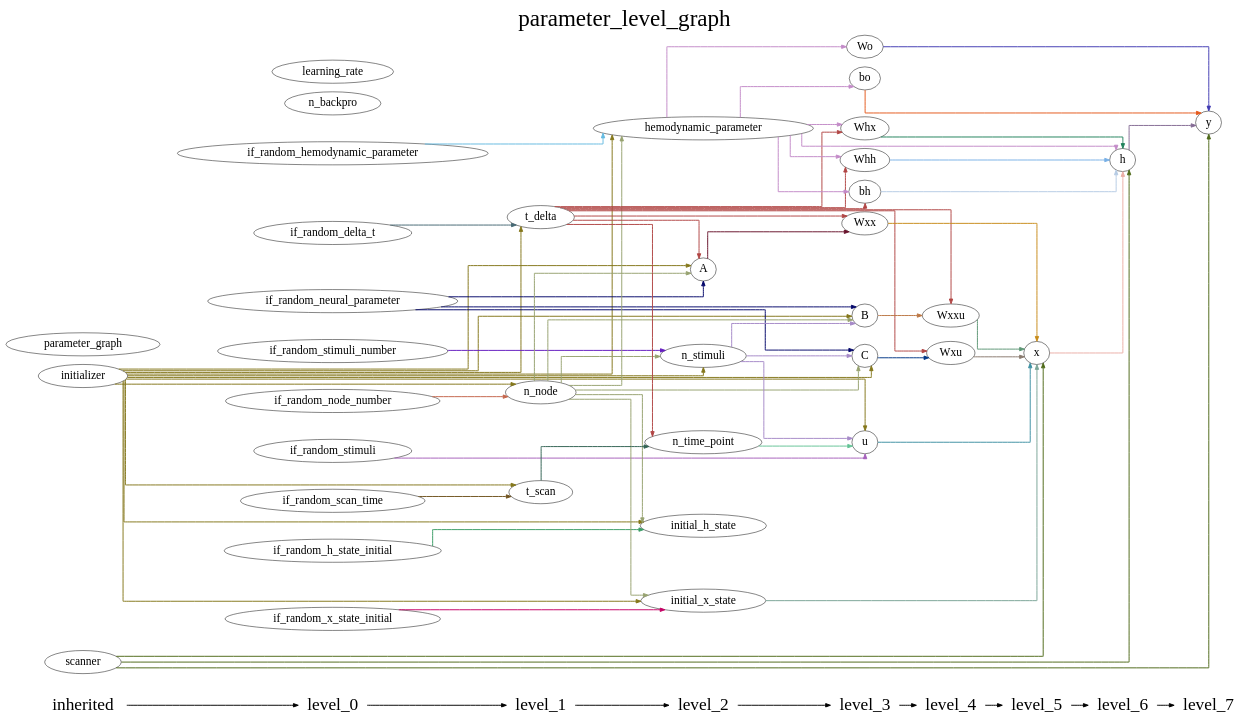
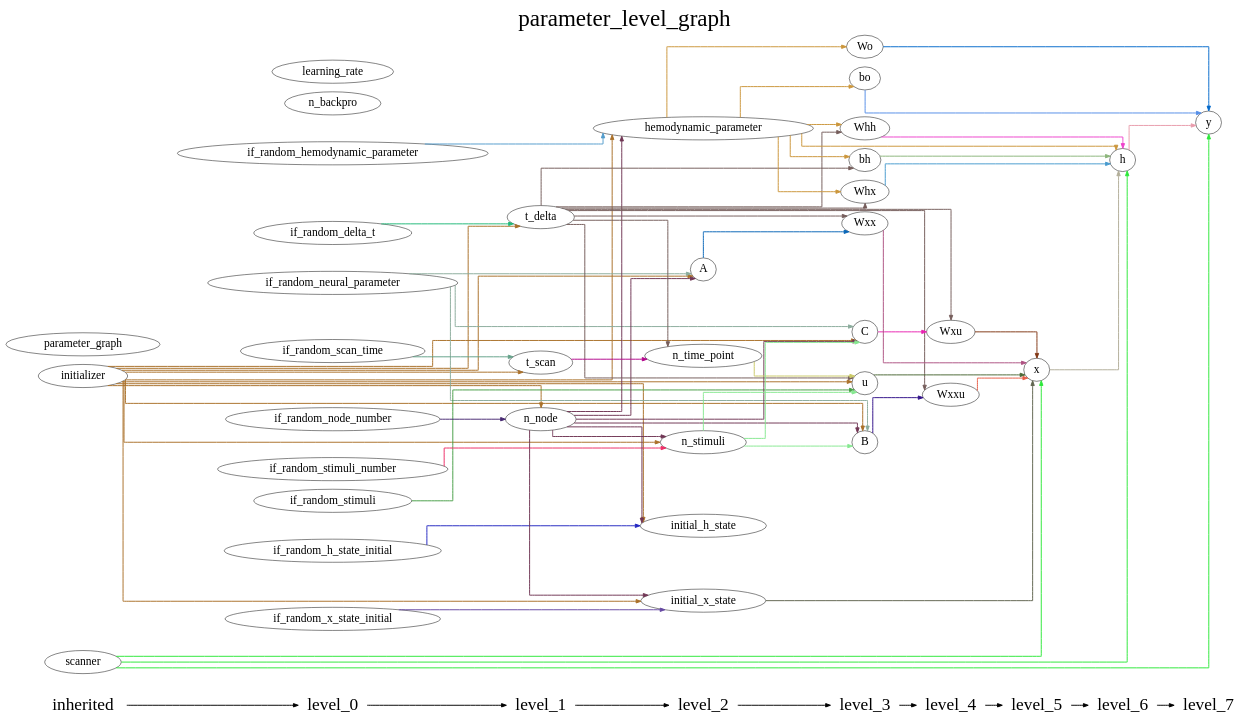
One commit to YuanWangOnward/DCM_RNN changed the diagram in DCM_RNN/documents/parameter_level_graph.gv. Above: the diagram before and after it, drawn with Graphviz. The commit also changed 10 other files, not shown here.

```diff
--- a/DCM_RNN/documents/parameter_level_graph.gv
+++ b/DCM_RNN/documents/parameter_level_graph.gv
@@ -1,156 +1,156 @@
 digraph G {
           splines=ortho;
           fontsize = 48;
           rankdir = "LR";
           node[fontsize=24];
           edge[penwidth=2];
           {
           node [shape=plaintext fontsize=36];
           inherited -> 
           level_0 -> 
           level_1 -> 
           level_2 -> 
           level_3 -> 
           level_4 -> 
           level_5 -> 
           level_6 -> 
           level_7
           }
           {rank = same;
           inherited;
           initializer;
           parameter_graph;
           scanner;
           }
           {rank = same;
           level_0;
           if_random_neural_parameter;
           if_random_hemodynamic_parameter;
           if_random_x_state_initial;
           if_random_h_state_initial;
           if_random_stimuli;
           if_random_node_number;
           if_random_stimuli_number;
           if_random_delta_t;
           if_random_scan_time;
           n_backpro;
           learning_rate;
           }
           {rank = same;
           level_1;
           n_node;
           t_delta;
           t_scan;
           }
           {rank = same;
           level_2;
           n_time_point;
           n_stimuli;
           A;
           hemodynamic_parameter;
           initial_x_state;
           initial_h_state;
           }
           {rank = same;
           level_3;
           u;
           B;
           C;
           Wxx;
           Whx;
           Whh;
           bh;
           Wo;
           bo;
           }
           {rank = same;
           level_4;
           Wxxu;
           Wxu;
           }
           {rank = same;
           level_5;
           x;
           }
           {rank = same;
           level_6;
           h;
           }
           {rank = same;
           level_7;
           y;
           }
-          bh -> h [color="#B5CBE4"];
-          if_random_h_state_initial -> initial_h_state [color="#3B9C66"];
+          Whx -> h [color="#489BCE"];
+          Wxu -> x [color="#813714"];
+          t_scan -> n_time_point [color="#B2068B"];
+          n_stimuli -> C [color="#86E891"];
+          n_stimuli -> u [color="#86E891"];
+          n_stimuli -> B [color="#86E891"];
+          if_random_neural_parameter -> A [color="#8BAC9C"];
+          if_random_neural_parameter -> C [color="#8BAC9C"];
+          if_random_neural_parameter -> B [color="#8BAC9C"];
+          h -> y [color="#E99CAC"];
+          if_random_hemodynamic_parameter -> hemodynamic_parameter [color="#539CCC"];
+          learning_rate ;
+          y ;
+          x -> h [color="#B2AE99"];
+          n_node -> A [color="#703654"];
+          n_node -> n_stimuli [color="#703654"];
+          n_node -> hemodynamic_parameter [color="#703654"];
+          n_node -> C [color="#703654"];
+          n_node -> initial_x_state [color="#703654"];
+          n_node -> B [color="#703654"];
+          n_node -> initial_h_state [color="#703654"];
+          hemodynamic_parameter -> Whx [color="#CB963B"];
+          hemodynamic_parameter -> h [color="#CB963B"];
+          hemodynamic_parameter -> Wo [color="#CB963B"];
+          hemodynamic_parameter -> bh [color="#CB963B"];
+          hemodynamic_parameter -> bo [color="#CB963B"];
+          hemodynamic_parameter -> Whh [color="#CB963B"];
+          C -> Wxu [color="#E923B1"];
+          initializer -> A [color="#AA7029"];
+          initializer -> n_stimuli [color="#AA7029"];
+          initializer -> n_node [color="#AA7029"];
+          initializer -> hemodynamic_parameter [color="#AA7029"];
+          initializer -> C [color="#AA7029"];
+          initializer -> t_scan [color="#AA7029"];
+          initializer -> t_delta [color="#AA7029"];
+          initializer -> initial_x_state [color="#AA7029"];
+          initializer -> u [color="#AA7029"];
+          initializer -> B [color="#AA7029"];
+          initializer -> initial_h_state [color="#AA7029"];
+          if_random_stimuli_number -> n_stimuli [color="#EE2B65"];
+          Wxxu -> x [color="#E75C45"];
+          n_time_point -> u [color="#CAC967"];
+          if_random_x_state_initial -> initial_x_state [color="#6648A3"];
+          bh -> h [color="#8CB57B"];
+          scanner -> h [color="#2CE839"];
+          scanner -> y [color="#2CE839"];
+          scanner -> x [color="#2CE839"];
+          if_random_node_number -> n_node [color="#482972"];
+          t_delta -> Wxxu [color="#755C5A"];
+          t_delta -> Whx [color="#755C5A"];
+          t_delta -> Wxu [color="#755C5A"];
+          t_delta -> Wxx [color="#755C5A"];
+          t_delta -> n_time_point [color="#755C5A"];
+          t_delta -> bh [color="#755C5A"];
+          t_delta -> u [color="#755C5A"];
+          t_delta -> Whh [color="#755C5A"];
+          B -> Wxxu [color="#311089"];
+          if_random_scan_time -> t_scan [color="#64A189"];
+          initial_x_state -> x [color="#616550"];
           parameter_graph ;
-          C -> Wxu [color="#023887"];
+          A -> Wxx [color="#0966B7"];
+          if_random_delta_t -> t_delta [color="#20B879"];
           n_backpro ;
-          if_random_x_state_initial -> initial_x_state [color="#C50265"];
-          hemodynamic_parameter -> bh [color="#C38AC8"];
-          hemodynamic_parameter -> h [color="#C38AC8"];
-          hemodynamic_parameter -> bo [color="#C38AC8"];
-          hemodynamic_parameter -> Wo [color="#C38AC8"];
-          hemodynamic_parameter -> Whh [color="#C38AC8"];
-          hemodynamic_parameter -> Whx [color="#C38AC8"];
-          n_time_point -> u [color="#65C496"];
-          initializer -> C [color="#84771B"];
-          initializer -> hemodynamic_parameter [color="#84771B"];
-          initializer -> u [color="#84771B"];
-          initializer -> t_scan [color="#84771B"];
-          initializer -> initial_x_state [color="#84771B"];
-          initializer -> initial_h_state [color="#84771B"];
-          initializer -> n_stimuli [color="#84771B"];
-          initializer -> B [color="#84771B"];
-          initializer -> n_node [color="#84771B"];
-          initializer -> A [color="#84771B"];
-          initializer -> t_delta [color="#84771B"];
-          y ;
-          if_random_stimuli_number -> n_stimuli [color="#641CC0"];
-          learning_rate ;
-          if_random_delta_t -> t_delta [color="#456873"];
-          u -> x [color="#3E91A2"];
-          if_random_stimuli -> u [color="#A661BC"];
-          Wxx -> x [color="#C88C1A"];
-          h -> y [color="#846B94"];
-          initial_x_state -> x [color="#7BA597"];
-          Wo -> y [color="#413BB3"];
-          if_random_hemodynamic_parameter -> hemodynamic_parameter [color="#65BBE1"];
-          if_random_neural_parameter -> C [color="#04076A"];
-          if_random_neural_parameter -> B [color="#04076A"];
-          if_random_neural_parameter -> A [color="#04076A"];
-          x -> h [color="#EBAEA7"];
-          Whh -> h [color="#7AB1E6"];
-          n_stimuli -> C [color="#A689C8"];
-          n_stimuli -> u [color="#A689C8"];
-          n_stimuli -> B [color="#A689C8"];
-          B -> Wxxu [color="#BC7743"];
-          scanner -> h [color="#4E6919"];
-          scanner -> y [color="#4E6919"];
-          scanner -> x [color="#4E6919"];
-          if_random_scan_time -> t_scan [color="#715420"];
-          if_random_node_number -> n_node [color="#C4654B"];
-          Wxu -> x [color="#897A6E"];
+          Whh -> h [color="#EE42CC"];
+          u -> x [color="#4B6835"];
+          Wo -> y [color="#056ACB"];
+          if_random_stimuli -> u [color="#489E47"];
+          Wxx -> x [color="#AE5282"];
           initial_h_state ;
-          t_scan -> n_time_point [color="#316252"];
-          t_delta -> bh [color="#B14644"];
-          t_delta -> n_time_point [color="#B14644"];
-          t_delta -> Wxx [color="#B14644"];
-          t_delta -> Whh [color="#B14644"];
-          t_delta -> Wxu [color="#B14644"];
-          t_delta -> Wxxu [color="#B14644"];
-          t_delta -> A [color="#B14644"];
-          t_delta -> Whx [color="#B14644"];
-          Wxxu -> x [color="#5C9674"];
-          bo -> y [color="#E4581B"];
-          A -> Wxx [color="#68122B"];
-          Whx -> h [color="#21825B"];
-          n_node -> C [color="#97A270"];
-          n_node -> hemodynamic_parameter [color="#97A270"];
-          n_node -> initial_x_state [color="#97A270"];
-          n_node -> initial_h_state [color="#97A270"];
-          n_node -> n_stimuli [color="#97A270"];
-          n_node -> B [color="#97A270"];
-          n_node -> A [color="#97A270"];
+          bo -> y [color="#548EE7"];
+          if_random_h_state_initial -> initial_h_state [color="#2428C2"];
           labelloc = "t";
           label = "parameter_level_graph";
 }
```
